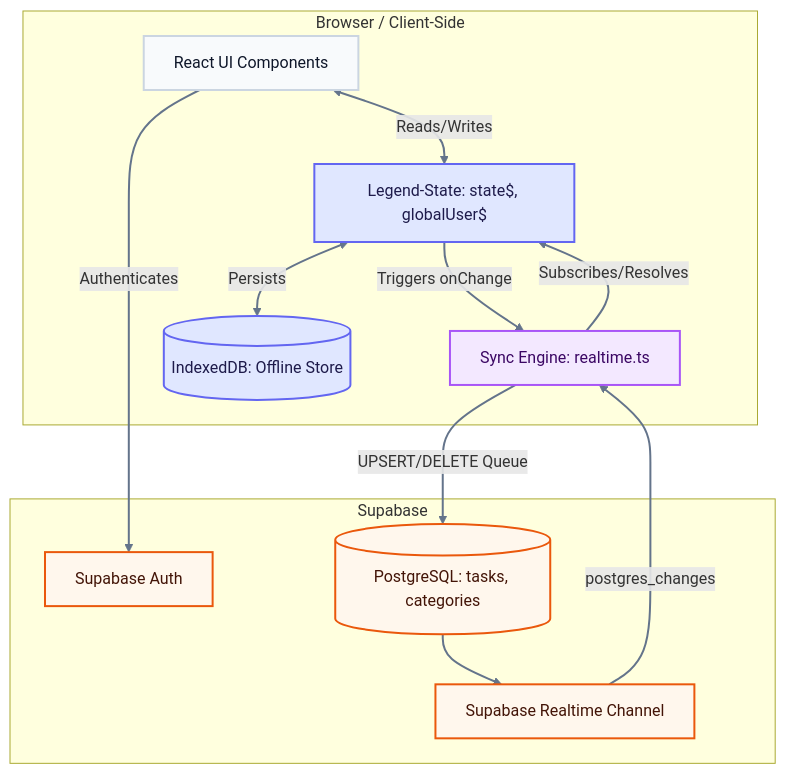
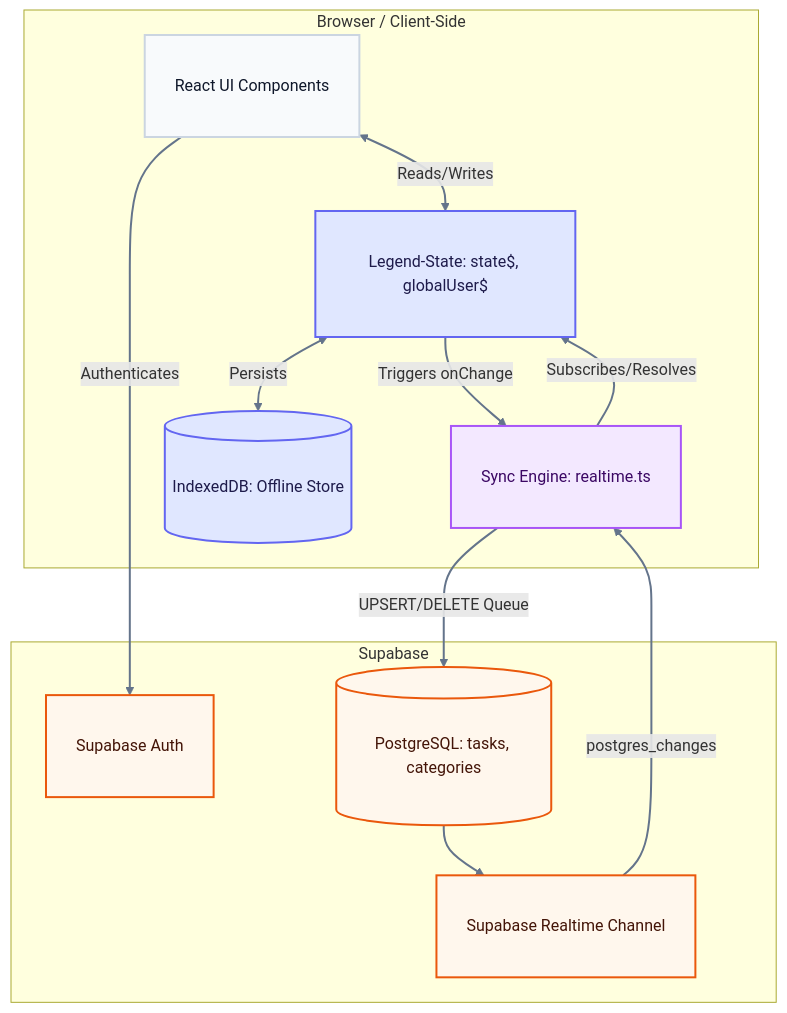
The diagram in architecture.md (Minedflayer/Task-manager), drawn with Mermaid before and after one commit.

Commit message:
chore: add padding adjustments to Mermaid architecture diagram style classes

````diff
--- a/architecture.md
+++ b/architecture.md
@@ -2,35 +2,35 @@
 ```mermaid
 graph TD
-    %% Define reusable style classes
-    classDef clientStyle fill:#f8fafc,stroke:#cbd5e1,stroke-width:2px,color:#0f172a;
-    classDef storeStyle fill:#e0e7ff,stroke:#6366f1,stroke-width:2px,color:#1e1b4b;
-    classDef syncStyle fill:#f3e8ff,stroke:#a855f7,stroke-width:2px,color:#3b0764;
-    classDef backendStyle fill:#fff7ed,stroke:#ea580c,stroke-width:2px,color:#431407;
+    %% Define reusable style classes with explicit padding adjustments (px)
+    classDef clientStyle fill:#f8fafc,stroke:#cbd5e1,stroke-width:2px,color:#0f172a,padding:15px;
+    classDef storeStyle fill:#e0e7ff,stroke:#6366f1,stroke-width:2px,color:#1e1b4b,padding:20px;
+    classDef syncStyle fill:#f3e8ff,stroke:#a855f7,stroke-width:2px,color:#3b0764,padding:15px;
+    classDef backendStyle fill:#fff7ed,stroke:#ea580c,stroke-width:2px,color:#431407,padding:15px;
 
     subgraph Client [Browser / Client-Side]
         UI[React UI Components]:::clientStyle
         State[Legend-State: state$, globalUser$]:::storeStyle
         Sync[Sync Engine: realtime.ts]:::syncStyle
         DB[(IndexedDB: Offline Store)]:::storeStyle
     end
 
     subgraph Backend [Supabase]
         Auth[Supabase Auth]:::backendStyle
         Postgres[(PostgreSQL: tasks, categories)]:::backendStyle
         Realtime[Supabase Realtime Channel]:::backendStyle
     end
 
     %% Apply explicit links with custom arrow colors
     UI <-->|Reads/Writes| State
     State <-->|Persists| DB
     State -->|Triggers onChange| Sync
     Sync -->|Subscribes/Resolves| State
 
     UI -->|Authenticates| Auth
     Sync -->|UPSERT/DELETE Queue| Postgres
     Realtime -->|postgres_changes| Sync
     Postgres --> Realtime
 
     %% Change link line colors globally or individually
     linkStyle default stroke:#64748b,stroke-width:2px;
 ```
````
